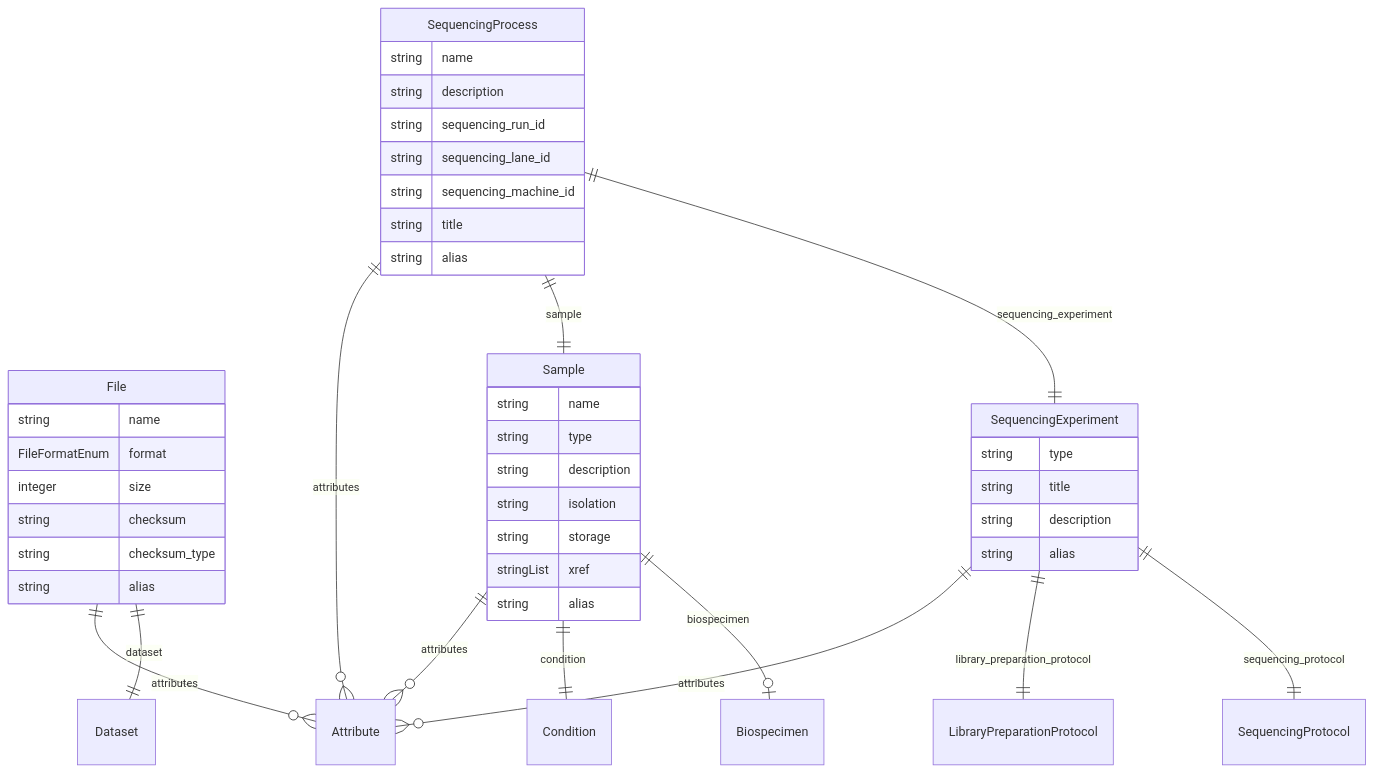
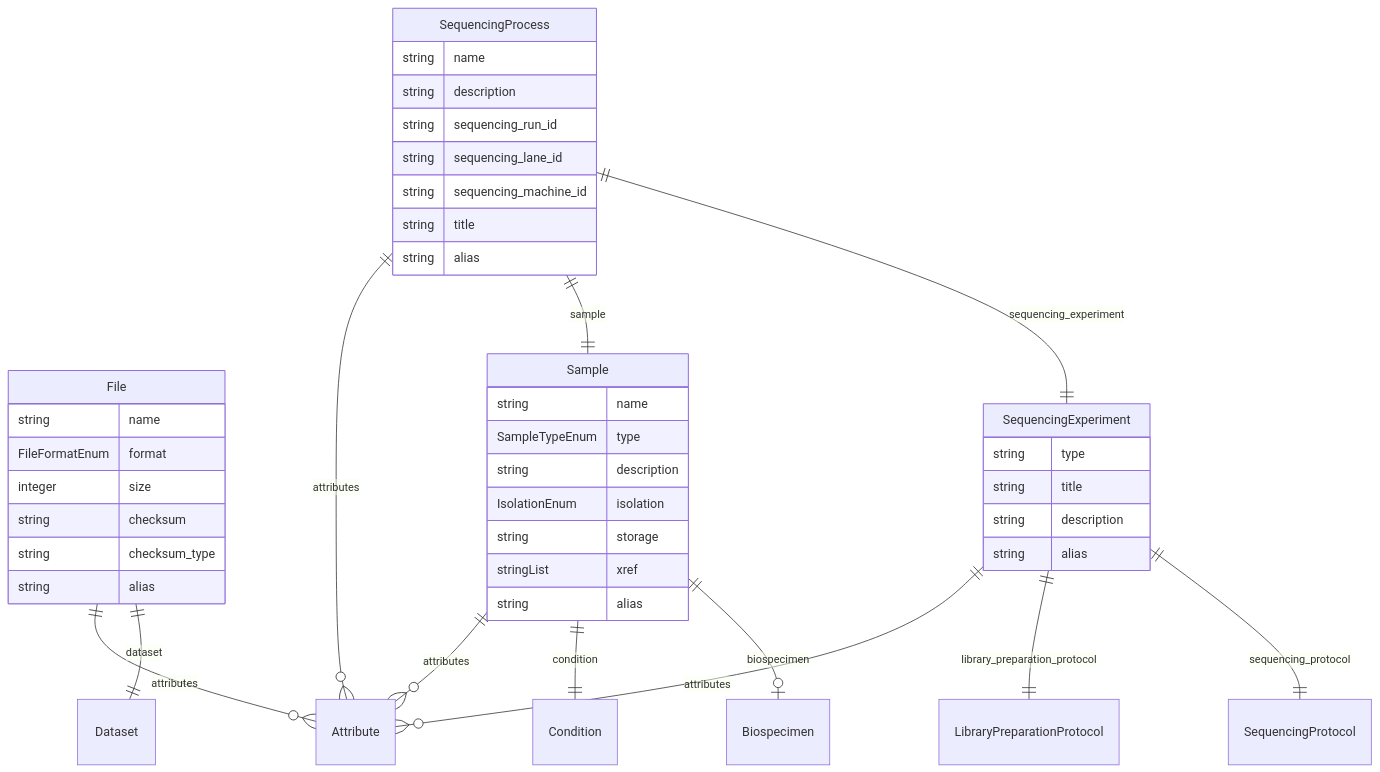
The sixth of 7 diagrams in docs/entity_relations.md (ghga-de/ghga-metadata-schema), drawn with Mermaid before and after one commit. The commit also changed other lines of this file and 105 other files, not shown here.

````diff
--- a/docs/entity_relations.md
+++ b/docs/entity_relations.md
@@ -322,48 +299,48 @@
 ```mermaid
 erDiagram
 SequencingProcess {
     string name  
     string description  
     string sequencing_run_id  
     string sequencing_lane_id  
     string sequencing_machine_id  
     string title  
     string alias  
 }
 File {
     string name  
     FileFormatEnum format  
     integer size  
     string checksum  
     string checksum_type  
     string alias  
 }
 Sample {
     string name  
-    string type  
+    SampleTypeEnum type  
     string description  
-    string isolation  
+    IsolationEnum isolation  
     string storage  
     stringList xref  
     string alias  
 }
 SequencingExperiment {
     string type  
     string title  
     string description  
     string alias  
 }
 
 SequencingProcess ||--|| SequencingExperiment : "sequencing_experiment"
 SequencingProcess ||--|| Sample : "sample"
 SequencingProcess ||--}o Attribute : "attributes"
 File ||--|| Dataset : "dataset"
 File ||--}o Attribute : "attributes"
 Sample ||--|o Biospecimen : "biospecimen"
 Sample ||--|| Condition : "condition"
 Sample ||--}o Attribute : "attributes"
 SequencingExperiment ||--|| SequencingProtocol : "sequencing_protocol"
 SequencingExperiment ||--|| LibraryPreparationProtocol : "library_preparation_protocol"
 SequencingExperiment ||--}o Attribute : "attributes"
 
 ```
````
